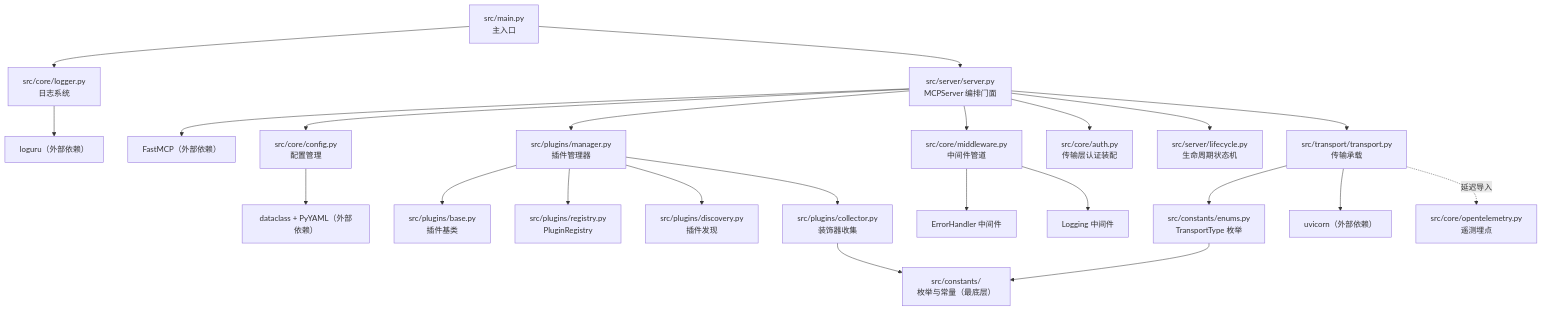
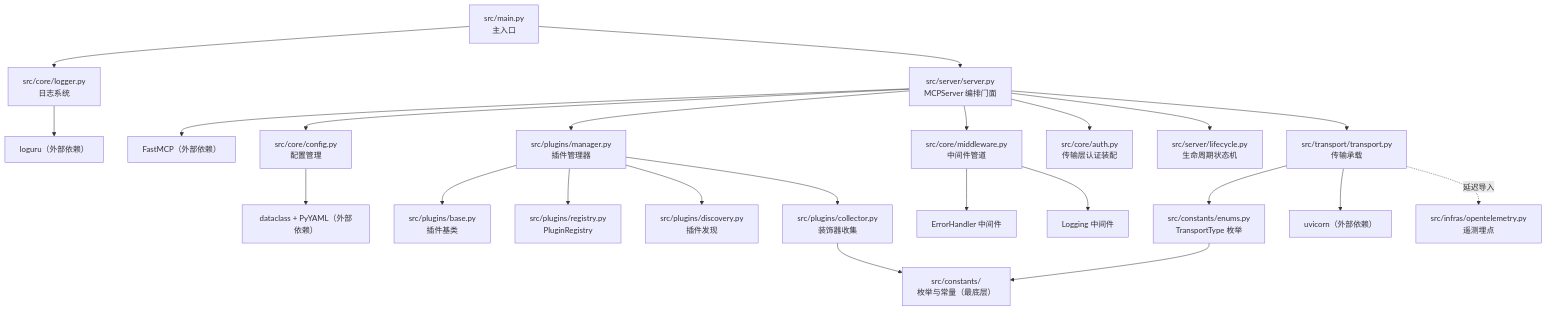
The fourth of 4 diagrams in README.md (chain-engine/x-QiuChi), drawn with Mermaid before and after one commit. The commit also changed other lines of this file and 13 other files, not shown here.

````diff
--- a/README.md
+++ b/README.md
@@ -522,30 +521,30 @@
 ```mermaid
 flowchart TD
     A["src/main.py<br/>主入口"] --> B["src/server/server.py<br/>MCPServer 编排门面"]
     A --> K["src/core/logger.py<br/>日志系统"]
     K --> K1["loguru（外部依赖）"]
 
     B --> C1["FastMCP（外部依赖）"]
     B --> D["src/plugins/manager.py<br/>插件管理器"]
     B --> E["src/core/middleware.py<br/>中间件管道"]
     B --> F["src/transport/transport.py<br/>传输承载"]
     B --> AUTH["src/core/auth.py<br/>传输层认证装配"]
     B --> LC["src/server/lifecycle.py<br/>生命周期状态机"]
     B --> H["src/core/config.py<br/>配置管理"]
     H --> H1["dataclass + PyYAML（外部依赖）"]
 
     D --> D1["src/plugins/base.py<br/>插件基类"]
     D --> D2["src/plugins/registry.py<br/>PluginRegistry"]
     D --> D3["src/plugins/discovery.py<br/>插件发现"]
     D --> D4["src/plugins/collector.py<br/>装饰器收集"]
 
     E --> E1["ErrorHandler 中间件"]
     E --> E2["Logging 中间件"]
 
     F --> T1["src/constants/enums.py<br/>TransportType 枚举"]
     F --> T2["uvicorn（外部依赖）"]
-    F -.->|"延迟导入"| OT["src/core/opentelemetry.py<br/>遥测埋点"]
+    F -.->|"延迟导入"| OT["src/infras/opentelemetry.py<br/>遥测埋点"]
 
     D4 --> EN["src/constants/<br/>枚举与常量（最底层）"]
     T1 --> EN
 ```
````
